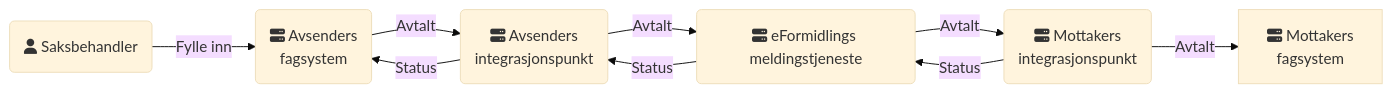
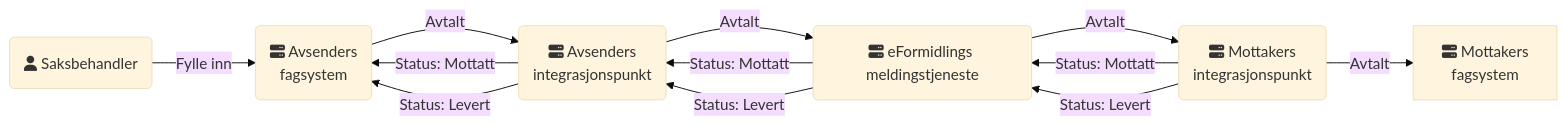
Before and after one commit to felleslosninger/docs: the second of 2 diagrams in _docs/eFormidling/Utvikling/Meldingstjenester/eformidlings_meldingstjeneste.md, drawn with Mermaid (base theme). The commit also changed other lines of this file and 17 other files, not shown here.

```diff
--- a/_docs/eFormidling/Utvikling/Meldingstjenester/eformidlings_meldingstjeneste.md
+++ b/_docs/eFormidling/Utvikling/Meldingstjenester/eformidlings_meldingstjeneste.md
@@ -55,11 +70,14 @@
 <div class="mermaid">
 graph LR
 A("fa:fa-user Saksbehandler") --> |Fylle inn| B("fa:fa-server Avsenders<br>fagsystem")
 B --> |Avtalt| C("fa:fa-server" Avsenders<br>integrasjonspunkt)
 C --> |Avtalt| D("fa:fa-server eFormidlings meldingstjeneste")
 D --> |Avtalt| E("fa:fa-server Mottakers<br>integrasjonspunkt")
 E --> |Avtalt| F["fa:fa-server Mottakers<br>fagsystem"]
-C --> |Status| B
-D --> |Status| C
-E --> |Status| D
+C --> |Status: Mottatt| B
+D --> |Status: Mottatt| C
+E --> |Status: Mottatt| D
+C --> |Status: Levert| B
+D --> |Status: Levert| C
+E --> |Status: Levert| D
 </div>
```
